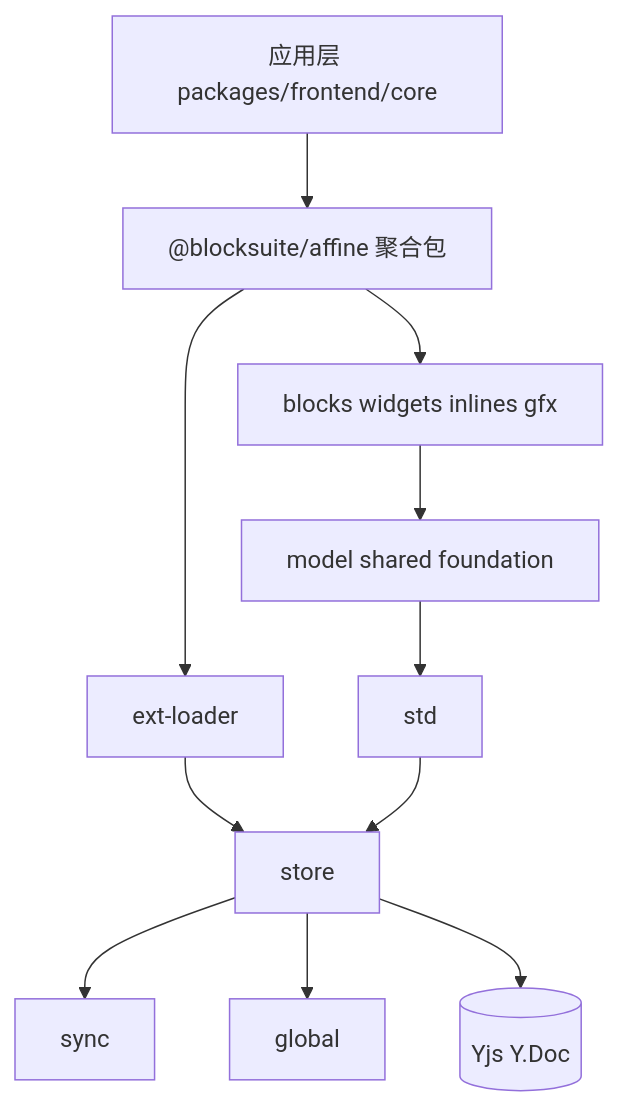
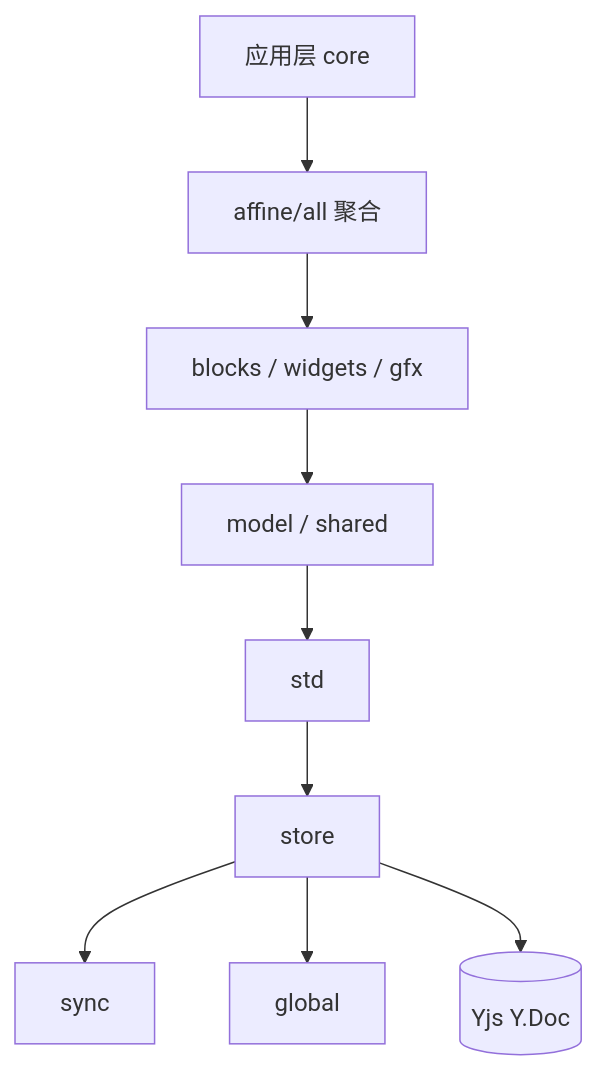
One commit to lfire/AFFiNE changed the second of 7 diagrams in learning-guide/slides/decks/12.md. Above: the diagram before and after it, drawn with Mermaid. The commit also changed other lines of this file and 46 other files, not shown here.

````diff
--- a/learning-guide/slides/decks/12.md
+++ b/learning-guide/slides/decks/12.md
@@ -75,13 +116,11 @@
 ```mermaid
 flowchart TB
-  APP["应用层 packages/frontend/core"] --> ALL["@blocksuite/affine 聚合包"]
-  ALL --> BLK[blocks widgets inlines gfx]
-  ALL --> EXT[ext-loader]
-  BLK --> MOD[model shared foundation]
-  MOD --> STD[std]
-  EXT --> STORE[store]
-  STD --> STORE
-  STORE --> SYNC[sync]
-  STORE --> GLB[global]
-  STORE --> Y[("Yjs Y.Doc")]
+  APP["应用层 core"] --> B0["affine/all 聚合"]
+  B0 --> B1["blocks / widgets / gfx"]
+  B1 --> B3["model / shared"]
+  B3 --> C1["std"]
+  C1 --> C2["store"]
+  C2 --> C3["sync"]
+  C2 --> C4["global"]
+  C2 --> Y[("Yjs Y.Doc")]
 ```
````
